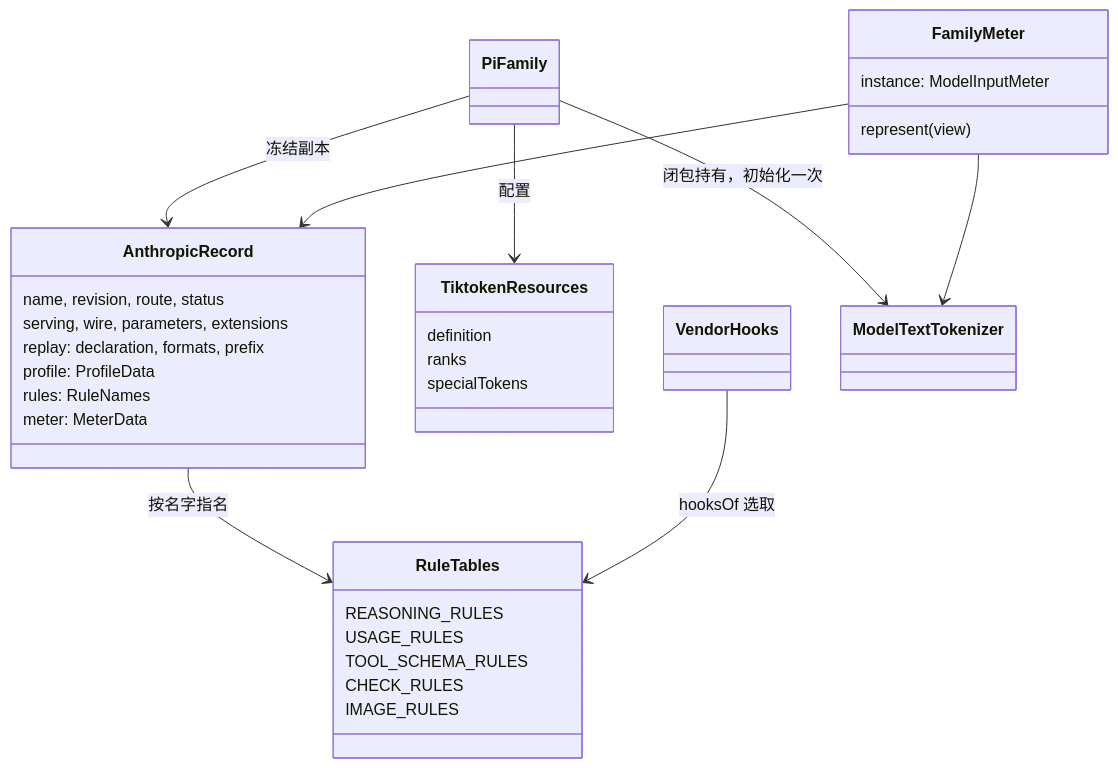
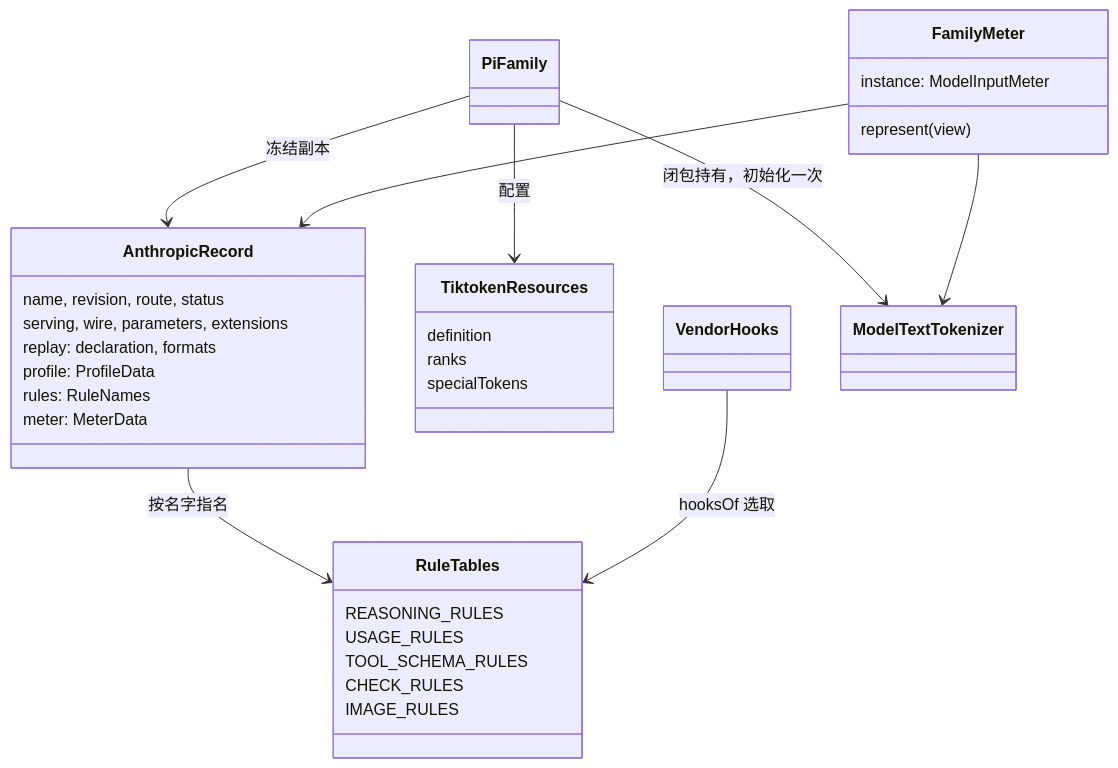
The diagram in packages/model/pi-ai-anthropic/docs/object-model.md (nemori-ai/omne-harness-lite), drawn with Mermaid before and after one commit. The commit also changed 23 other files, not shown here.

````diff
--- a/packages/model/pi-ai-anthropic/docs/object-model.md
+++ b/packages/model/pi-ai-anthropic/docs/object-model.md
@@ -9,36 +9,36 @@
 ```mermaid
 classDiagram
   class AnthropicRecord {
     name, revision, route, status
     serving, wire, parameters, extensions
-    replay: declaration, formats, prefix
+    replay: declaration, formats
     profile: ProfileData
     rules: RuleNames
     meter: MeterData
   }
   class RuleTables {
     REASONING_RULES
     USAGE_RULES
     TOOL_SCHEMA_RULES
     CHECK_RULES
     IMAGE_RULES
   }
   class TiktokenResources {
     definition
     ranks
     specialTokens
   }
   class PiFamily
   class FamilyMeter {
     instance: ModelInputMeter
     represent(view)
   }
   class VendorHooks
   AnthropicRecord --> RuleTables : 按名字指名
   PiFamily --> AnthropicRecord : 冻结副本
   PiFamily --> TiktokenResources : 配置
   PiFamily --> ModelTextTokenizer : 闭包持有，初始化一次
   FamilyMeter --> AnthropicRecord
   FamilyMeter --> ModelTextTokenizer
   VendorHooks --> RuleTables : hooksOf 选取
 ```
````
